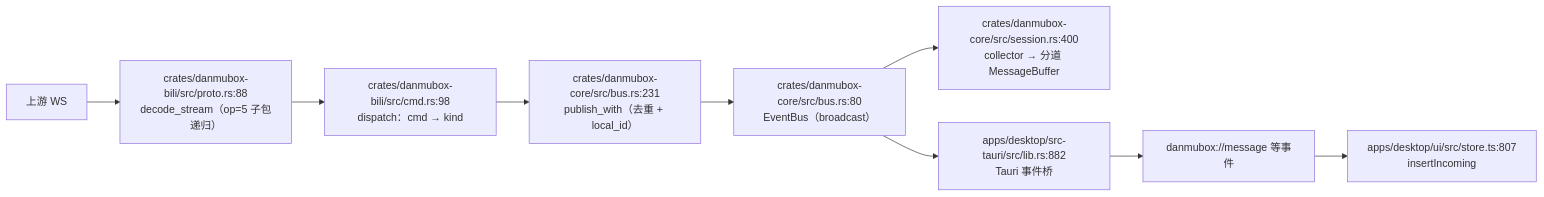
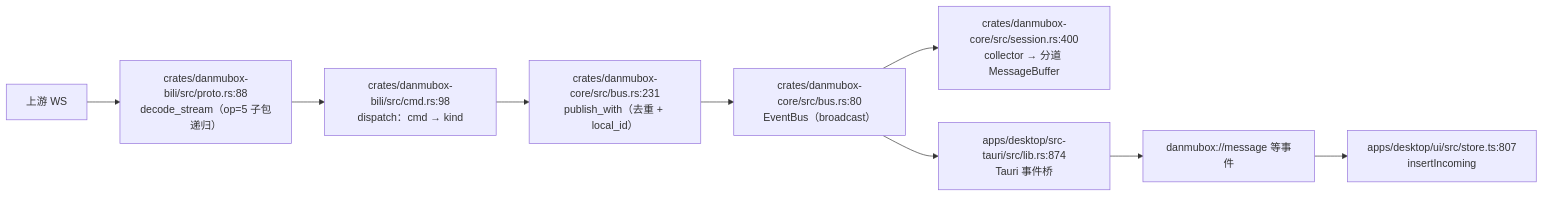
The fifth of 6 diagrams in docs/architecture.md (HakaseZ/danmubox), drawn with Mermaid before and after one commit. The commit also changed other lines of this file and 81 other files, not shown here.

First line of the commit message:
feat(workspace): 三端图标、macOS 产物整包签名、刷屏折叠改造、砍掉一键诊断

````diff
--- a/docs/architecture.md
+++ b/docs/architecture.md
@@ -273,11 +269,11 @@
 ```mermaid
 graph LR
   UP["上游 WS"] --> DEC["crates/danmubox-bili/src/proto.rs:88<br/>decode_stream（op=5 子包递归）"]
   DEC --> CMD["crates/danmubox-bili/src/cmd.rs:98<br/>dispatch：cmd → kind"]
   CMD --> SINK["crates/danmubox-core/src/bus.rs:231<br/>publish_with（去重 + local_id）"]
   SINK --> BUS["crates/danmubox-core/src/bus.rs:80<br/>EventBus（broadcast）"]
   BUS --> BUF["crates/danmubox-core/src/session.rs:400<br/>collector → 分道 MessageBuffer"]
-  BUS --> BRIDGE["apps/desktop/src-tauri/src/lib.rs:882<br/>Tauri 事件桥"]
+  BUS --> BRIDGE["apps/desktop/src-tauri/src/lib.rs:874<br/>Tauri 事件桥"]
   BRIDGE --> EVT["danmubox://message 等事件"]
   EVT --> STORE["apps/desktop/ui/src/store.ts:807<br/>insertIncoming"]
 ```
````
